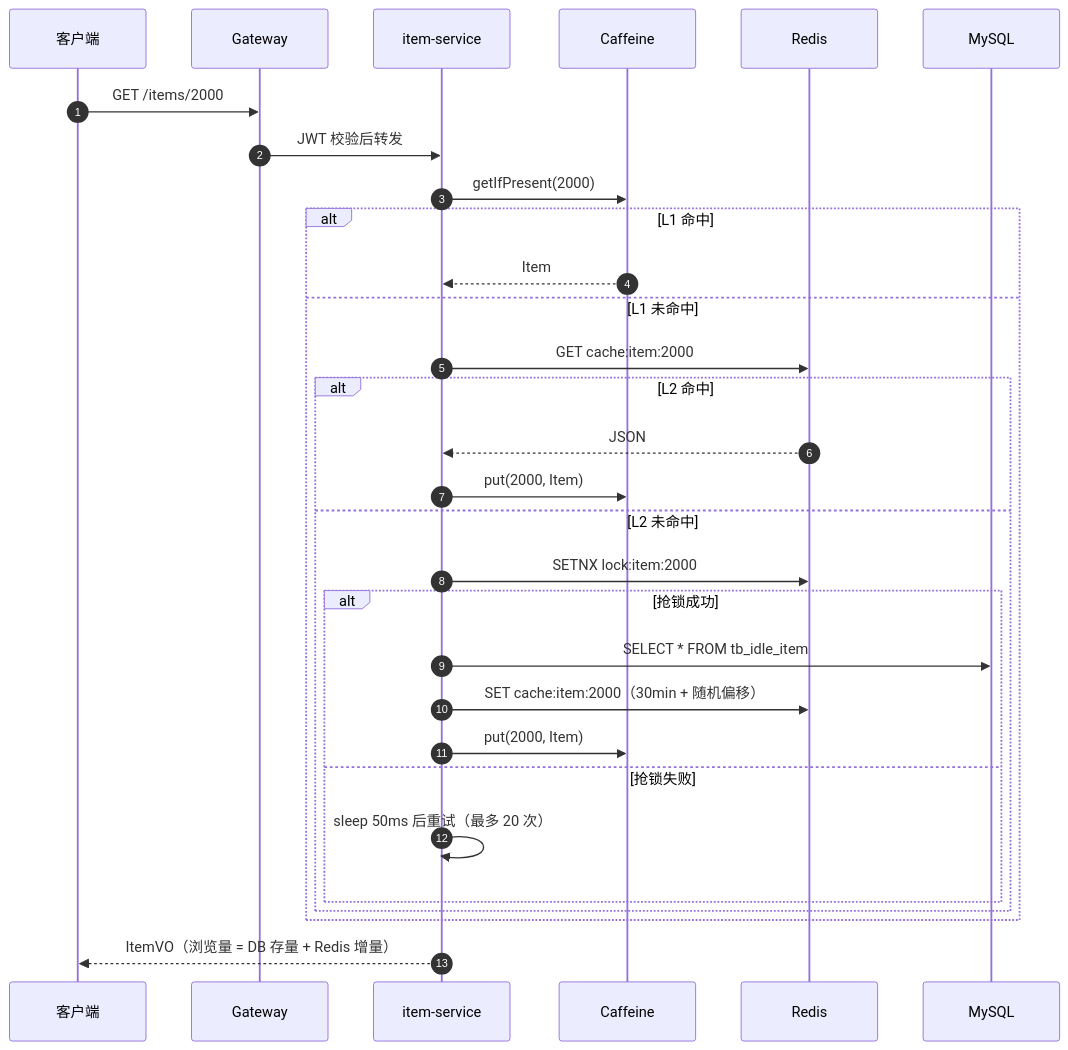
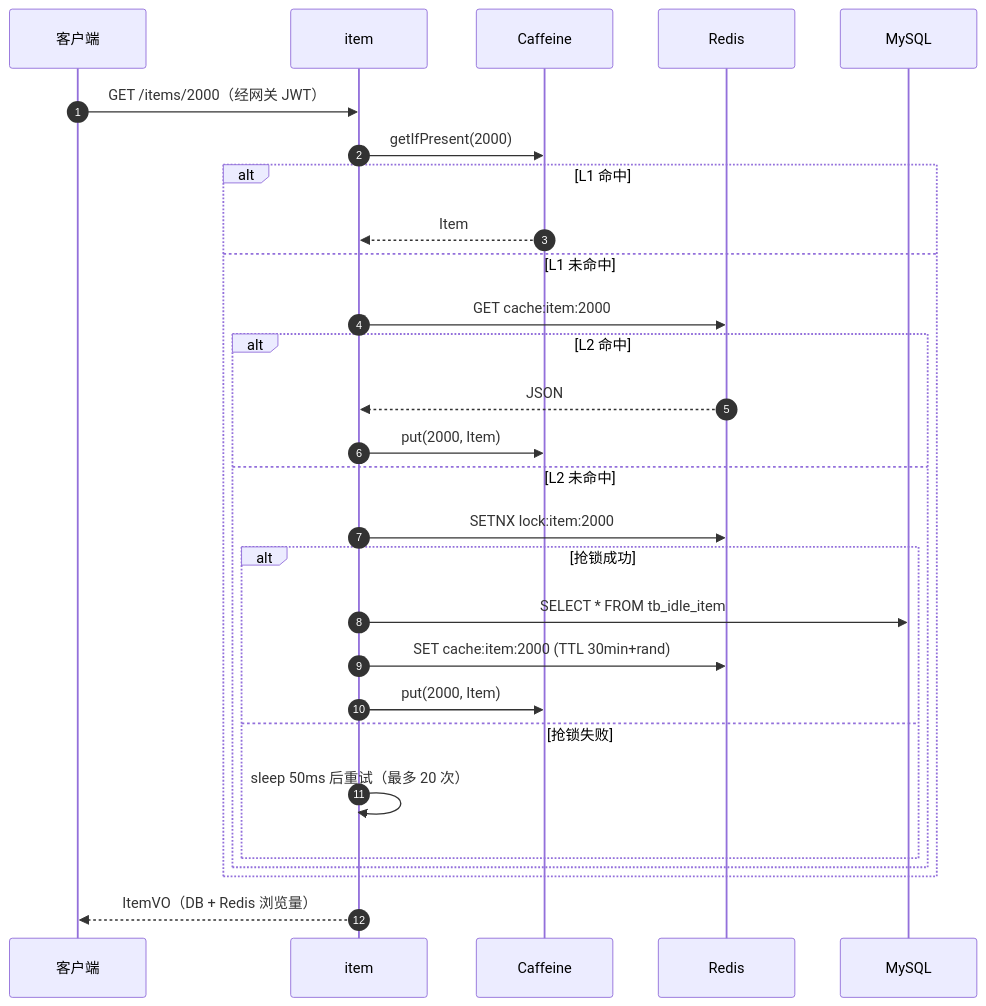
The first of 4 diagrams in README.md (chuqiuqiu/campus-life), drawn with Mermaid before and after one commit. The commit also changed other lines of this file, not shown here.

Commit message:
docs: simplify mermaid flow diagrams for README width

````diff
--- a/README.md
+++ b/README.md
@@ -130,33 +130,31 @@
 ```mermaid
 sequenceDiagram
     autonumber
     participant C as 客户端
-    participant G as Gateway
-    participant S as item-service
+    participant S as item
     participant L1 as Caffeine
     participant R as Redis
     participant DB as MySQL
 
-    C->>G: GET /items/2000
-    G->>S: JWT 校验后转发
+    C->>S: GET /items/2000（经网关 JWT）
     S->>L1: getIfPresent(2000)
     alt L1 命中
         L1-->>S: Item
     else L1 未命中
         S->>R: GET cache:item:2000
         alt L2 命中
             R-->>S: JSON
             S->>L1: put(2000, Item)
         else L2 未命中
             S->>R: SETNX lock:item:2000
             alt 抢锁成功
                 S->>DB: SELECT * FROM tb_idle_item
-                S->>R: SET cache:item:2000（30min + 随机偏移）
+                S->>R: SET cache:item:2000 (TTL 30min+rand)
                 S->>L1: put(2000, Item)
             else 抢锁失败
                 S->>S: sleep 50ms 后重试（最多 20 次）
             end
         end
     end
-    S-->>C: ItemVO（浏览量 = DB 存量 + Redis 增量）
+    S-->>C: ItemVO（DB + Redis 浏览量）
 ```
````
